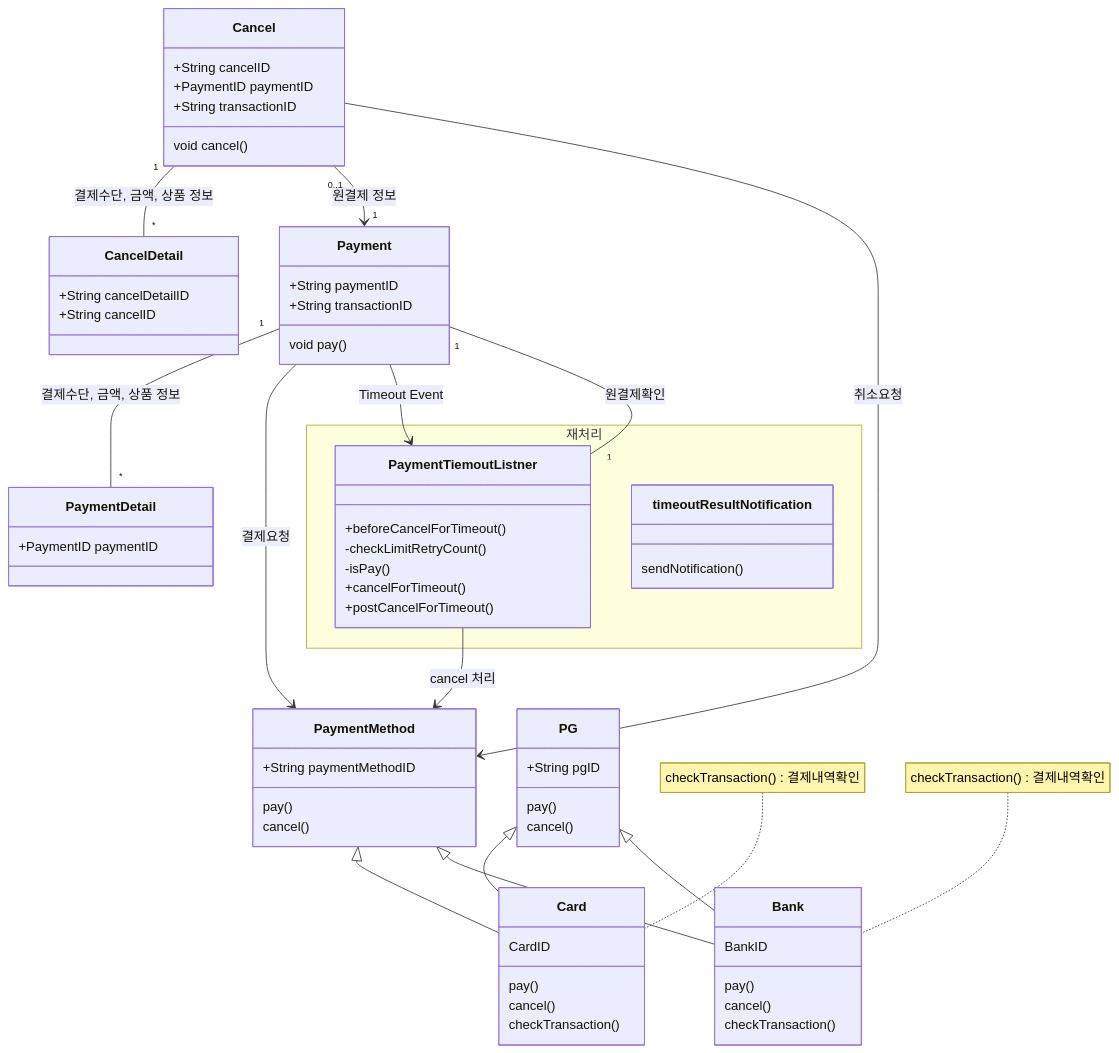
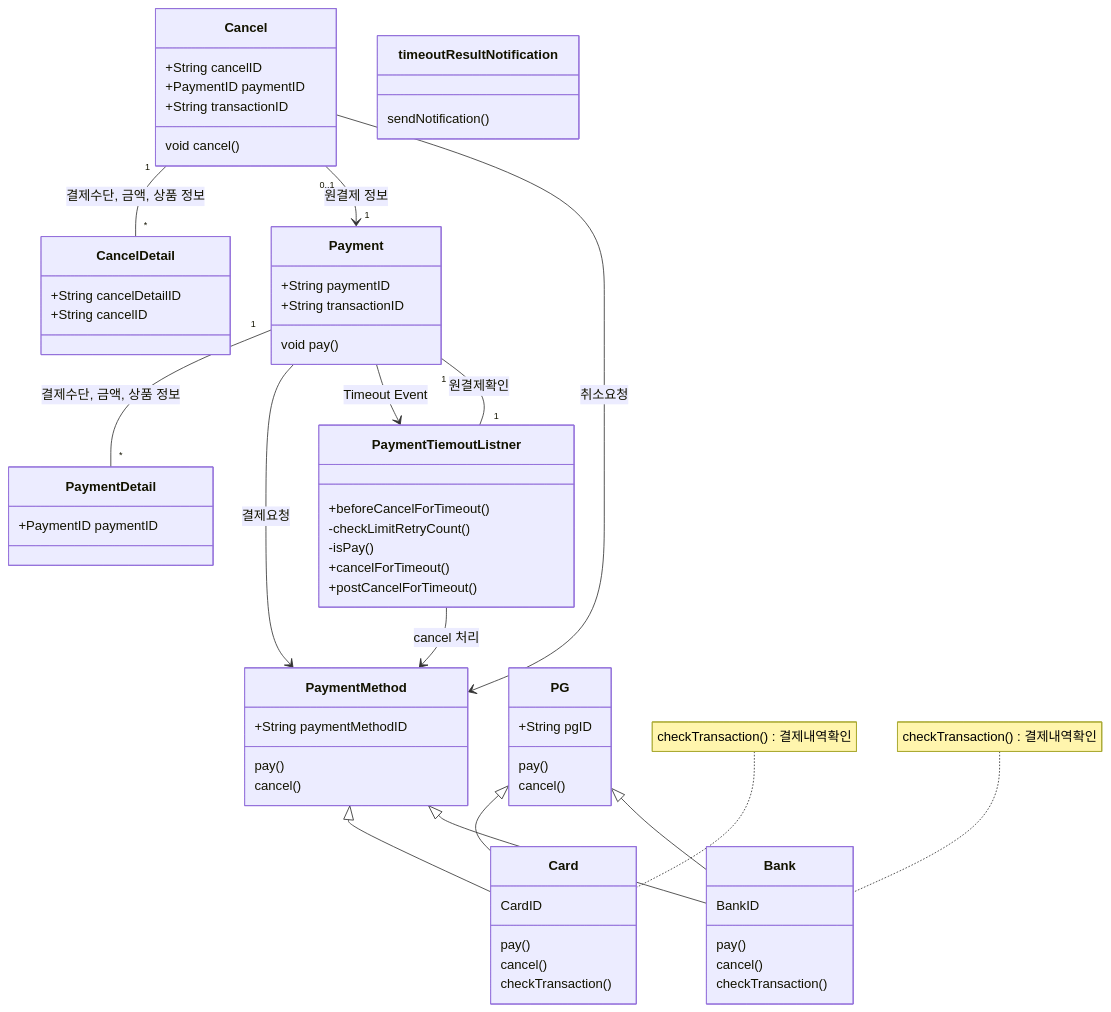
The fifth of 6 diagrams in README.md (shp7408/career-wbs), drawn with Mermaid before and after one commit.

```diff
--- a/README.md
+++ b/README.md
@@ -254,7 +254,7 @@
    Payment --> PaymentMethod : 결제요청
    Cancel --> PaymentMethod : 취소요청
 
-namespace 재처리 {
+
    class PaymentTiemoutListner {
         +beforeCancelForTimeout()
         -checkLimitRetryCount()
@@ -266,7 +266,7 @@
    class timeoutResultNotification {
         sendNotification()
    }
-}
+
 
     PaymentTiemoutListner "1" -- "1" Payment : 원결제확인
     Payment --> PaymentTiemoutListner : Timeout Event
```
